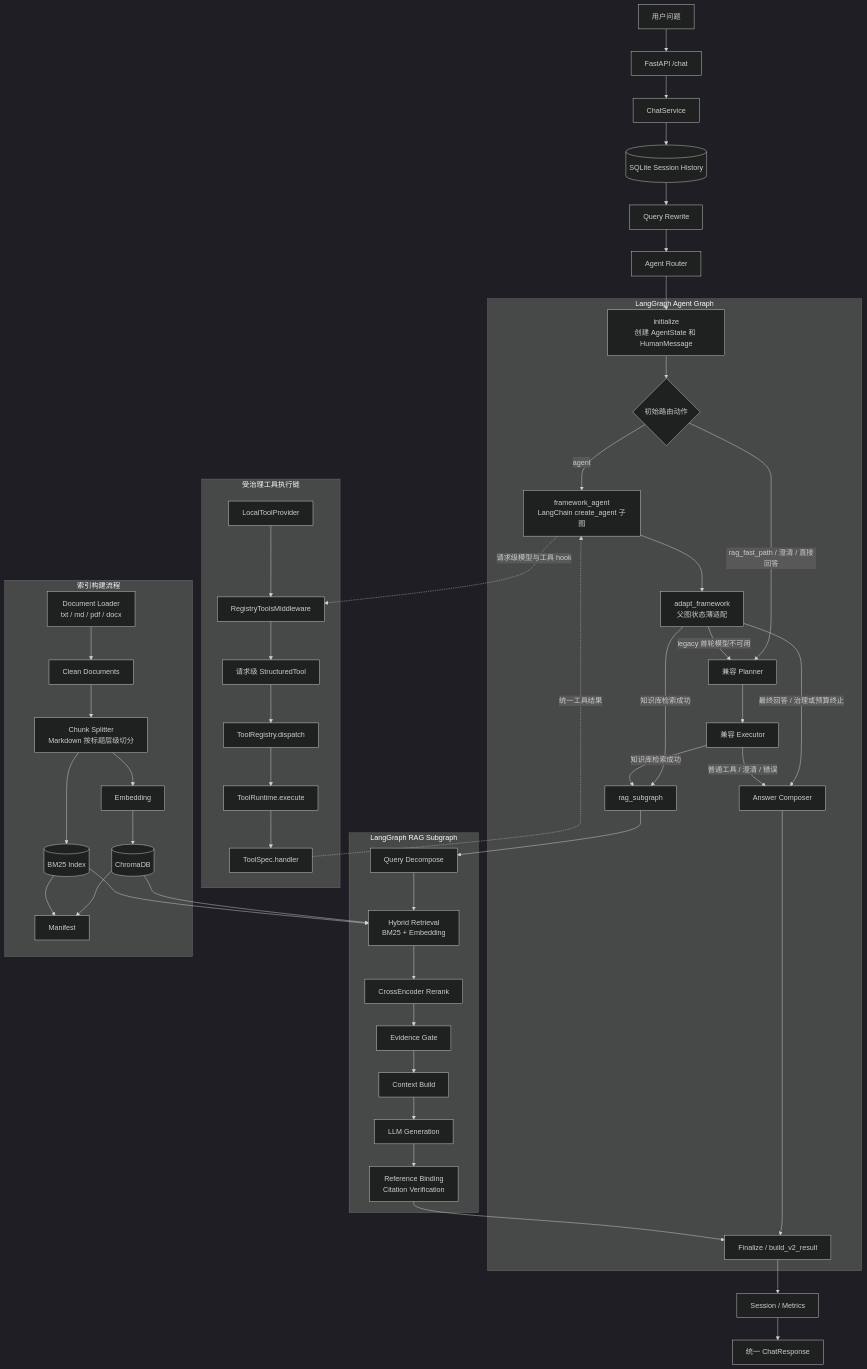
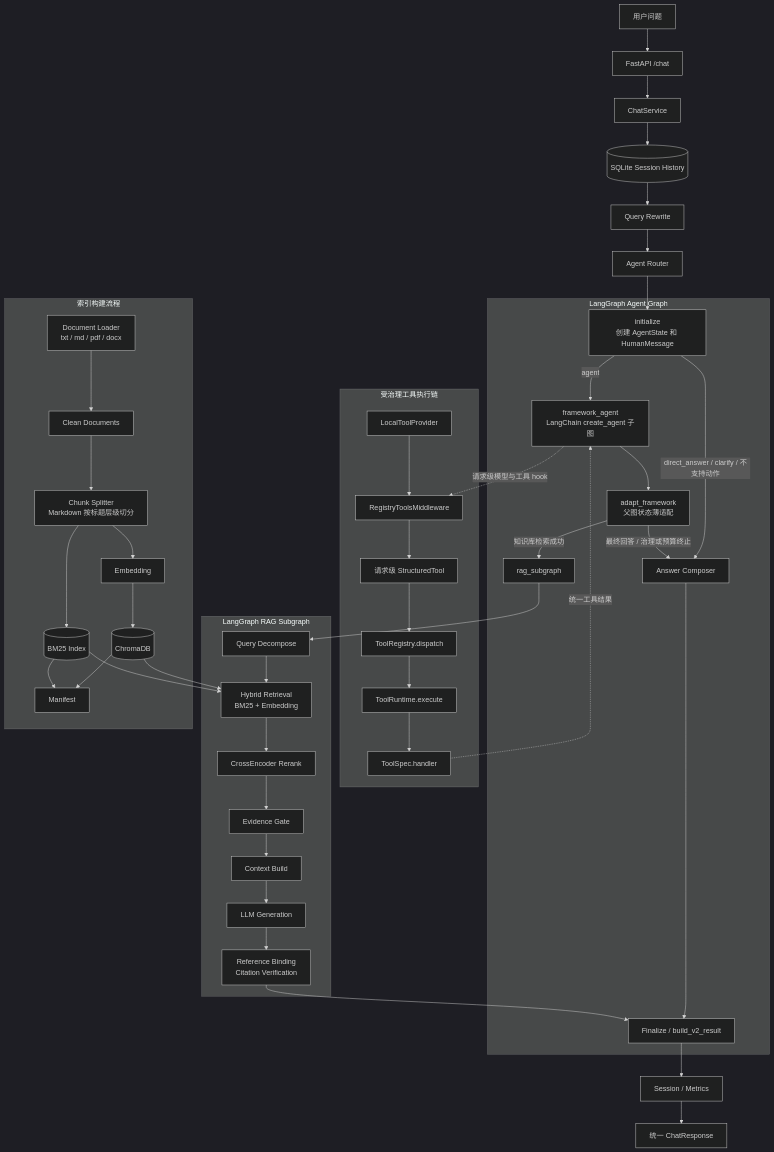
Before and after one commit to LiBoEN123/rag-agent-qa-system: the diagram in README.md, drawn with Mermaid (dark theme). The commit also changed other lines of this file and 45 other files, not shown here.

Commit message:
下线 Planner/Executor 兼容执行链，统一框架原生 Agent 路径

```diff
--- a/README.md
+++ b/README.md
@@ -34,27 +34,18 @@
 
     subgraph AgentGraph[LangGraph Agent Graph]
         Initialize[initialize<br/>创建 AgentState 和 HumanMessage]
-        InitialAction{初始路由动作}
         FrameworkAgent[framework_agent<br/>LangChain create_agent 子图]
         FrameworkAdapt[adapt_framework<br/>父图状态薄适配]
-        Planner[兼容 Planner]
-        Executor[兼容 Executor]
         RAGEntry[rag_subgraph]
         Composer[Answer Composer]
         Finalize[Finalize / build_v2_result]
 
-        Initialize --> InitialAction
-        InitialAction -->|agent| FrameworkAgent
-        InitialAction -->|rag_fast_path / 澄清 / 直接回答| Planner
+        Initialize -->|agent| FrameworkAgent
+        Initialize -->|direct_answer / clarify / 不支持动作| Composer
 
         FrameworkAgent --> FrameworkAdapt
         FrameworkAdapt -->|知识库检索成功| RAGEntry
         FrameworkAdapt -->|最终回答 / 治理或预算终止| Composer
-        FrameworkAdapt -->|legacy 首轮模型不可用| Planner
-
-        Planner --> Executor
-        Executor -->|知识库检索成功| RAGEntry
-        Executor -->|普通工具 / 澄清 / 错误| Composer
 
         Composer --> Finalize
     end
```
